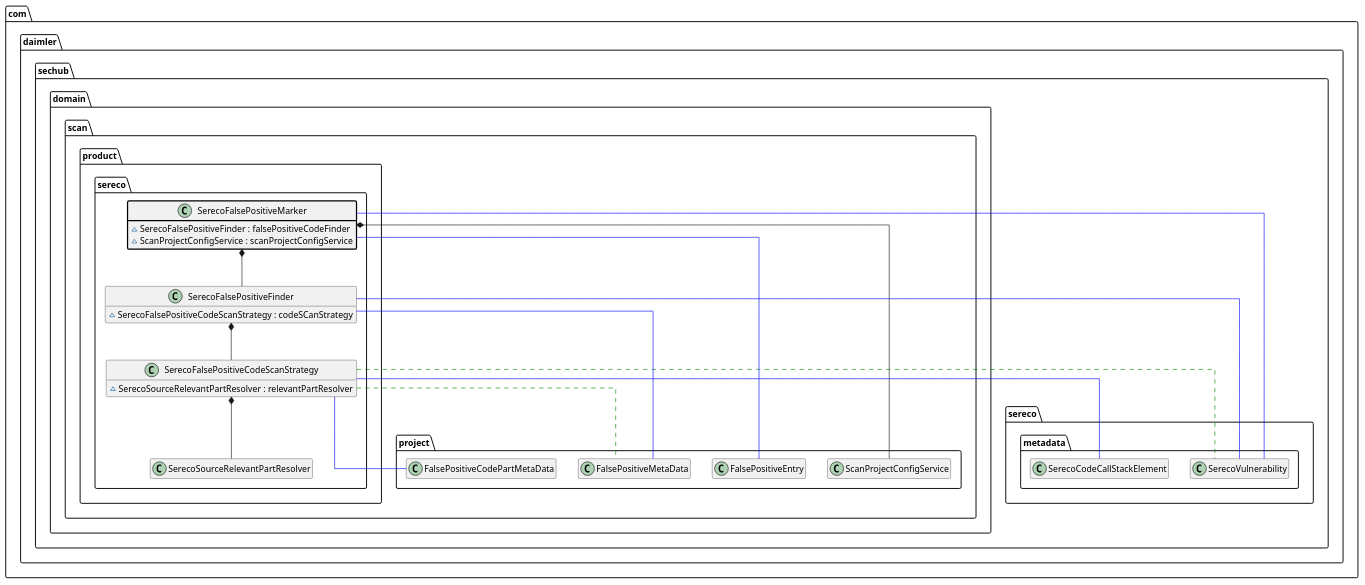
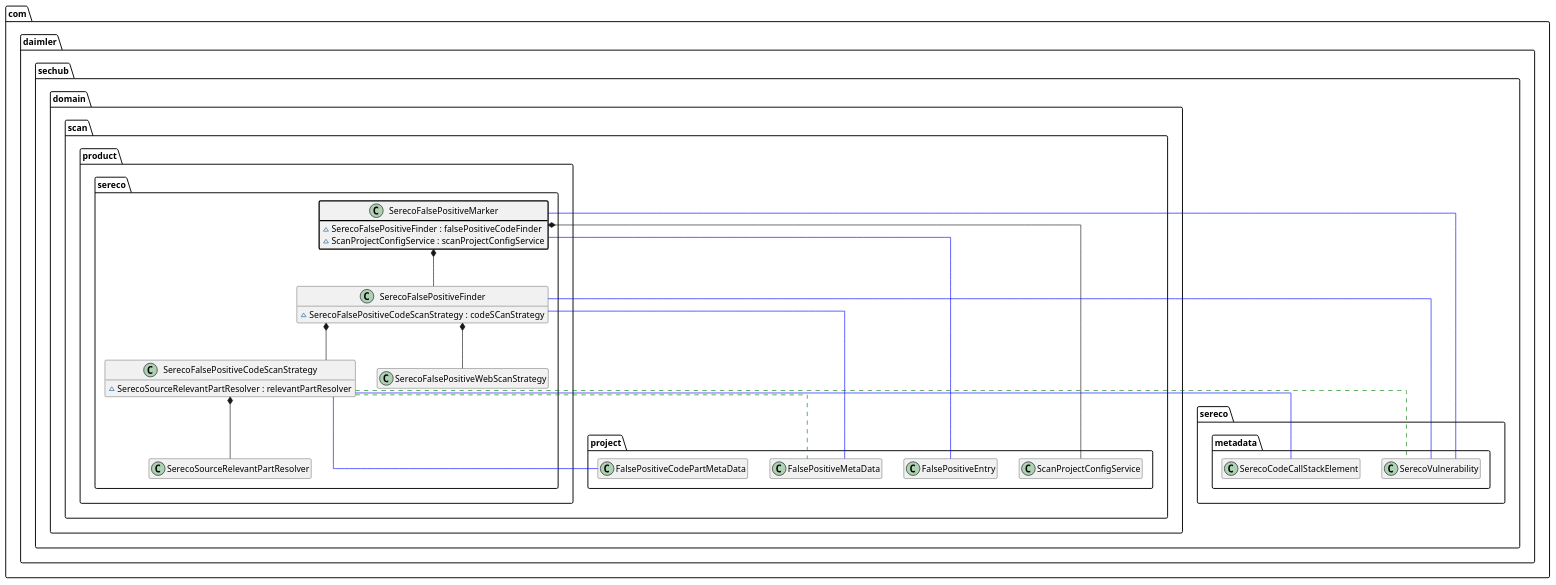
Before and after one commit to mercedes-benz/sechub: the diagram in sechub-doc/src/docs/asciidoc/diagrams/diagram_falsepositives_runtime_overview.puml, drawn with PlantUML. The commit also changed 10 other files, not shown here.

```diff
--- a/sechub-doc/src/docs/asciidoc/diagrams/diagram_falsepositives_runtime_overview.puml
+++ b/sechub-doc/src/docs/asciidoc/diagrams/diagram_falsepositives_runtime_overview.puml
@@ -1,36 +1,40 @@
 @startuml
 skinparam linetype ortho
 hide empty methods
 hide empty fields
 package com.daimler.sechub.domain.scan.product.sereco{
 'com.daimler.sechub.domain.scan.product.sereco.SerecoFalsePositiveMarker
    class SerecoFalsePositiveMarker ##[bold]black {
     ~SerecoFalsePositiveFinder : falsePositiveCodeFinder
     ~ScanProjectConfigService : scanProjectConfigService
   }
   SerecoFalsePositiveMarker *-- SerecoFalsePositiveFinder
   SerecoFalsePositiveMarker -[#blue]- com.daimler.sechub.domain.scan.project.FalsePositiveEntry
   SerecoFalsePositiveMarker *-- com.daimler.sechub.domain.scan.project.ScanProjectConfigService
   SerecoFalsePositiveMarker -[#blue]- com.daimler.sechub.sereco.metadata.SerecoVulnerability
 'com.daimler.sechub.domain.scan.product.sereco.SerecoFalsePositiveFinder
    class SerecoFalsePositiveFinder{
     ~SerecoFalsePositiveCodeScanStrategy : codeSCanStrategy
   }
   SerecoFalsePositiveFinder *-- SerecoFalsePositiveCodeScanStrategy
+  SerecoFalsePositiveFinder *-- SerecoFalsePositiveWebScanStrategy
   SerecoFalsePositiveFinder -[#blue]- com.daimler.sechub.domain.scan.project.FalsePositiveMetaData
   SerecoFalsePositiveFinder -[#blue]- com.daimler.sechub.sereco.metadata.SerecoVulnerability
 'com.daimler.sechub.domain.scan.product.sereco.SerecoFalsePositiveCodeScanStrategy
    class SerecoFalsePositiveCodeScanStrategy{
     ~SerecoSourceRelevantPartResolver : relevantPartResolver
   }
   SerecoFalsePositiveCodeScanStrategy *-- SerecoSourceRelevantPartResolver
   SerecoFalsePositiveCodeScanStrategy -[#blue]- com.daimler.sechub.domain.scan.project.FalsePositiveCodePartMetaData
   SerecoFalsePositiveCodeScanStrategy .[#green]. com.daimler.sechub.domain.scan.project.FalsePositiveMetaData
   SerecoFalsePositiveCodeScanStrategy -[#blue]- com.daimler.sechub.sereco.metadata.SerecoCodeCallStackElement
   SerecoFalsePositiveCodeScanStrategy .[#green]. com.daimler.sechub.sereco.metadata.SerecoVulnerability
 'com.daimler.sechub.domain.scan.product.sereco.SerecoSourceRelevantPartResolver
    class SerecoSourceRelevantPartResolver{
   }
+   class SerecoFalsePositiveWebScanStrategy{
+    
+  }
 }
 
 @enduml
```
